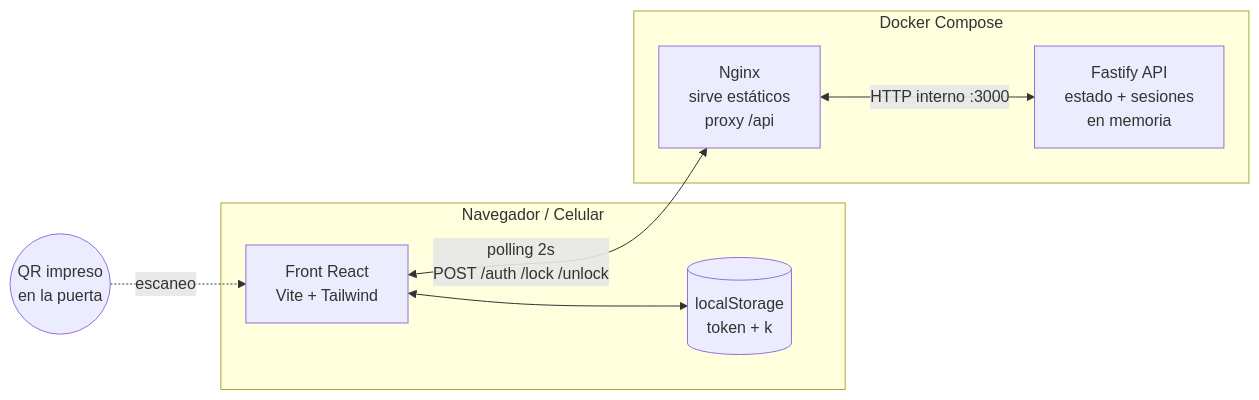
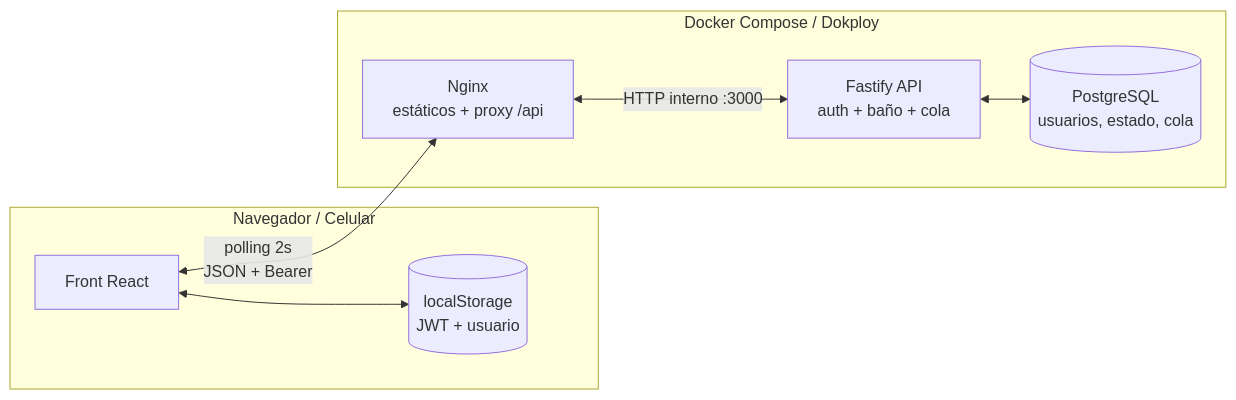
Before and after one commit to Dvl-Sant/app-ba-o: the first of 3 diagrams in README.md, drawn with Mermaid. The commit also changed other lines of this file and 35 other files, not shown here.

First line of the commit message:
feat: login de usuarios, cola de turnos y tiempo extra

````diff
--- a/README.md
+++ b/README.md
@@ -14,19 +19,18 @@
 ```mermaid
 graph LR
     subgraph Navegador[Navegador / Celular]
-        UI[Front React<br/>Vite + Tailwind]
-        LS[(localStorage<br/>token + k)]
+        UI[Front React]
+        LS[(localStorage<br/>JWT + usuario)]
     end
 
-    subgraph Docker[Docker Compose]
-        NGINX[Nginx<br/>sirve estáticos<br/>proxy /api]
-        API[Fastify API<br/>estado + sesiones<br/>en memoria]
+    subgraph Docker[Docker Compose / Dokploy]
+        NGINX[Nginx<br/>estáticos + proxy /api]
+        API[Fastify API<br/>auth + baño + cola]
+        PG[(PostgreSQL<br/>usuarios, estado, cola)]
     end
 
-    QR((QR impreso<br/>en la puerta))
-
-    QR -. escaneo .-> UI
-    UI <-->|polling 2s<br/>POST /auth /lock /unlock| NGINX
+    UI <-->|polling 2s<br/>JSON + Bearer| NGINX
     NGINX <-->|HTTP interno :3000| API
+    API <--> PG
     UI <--> LS
 ```
````
